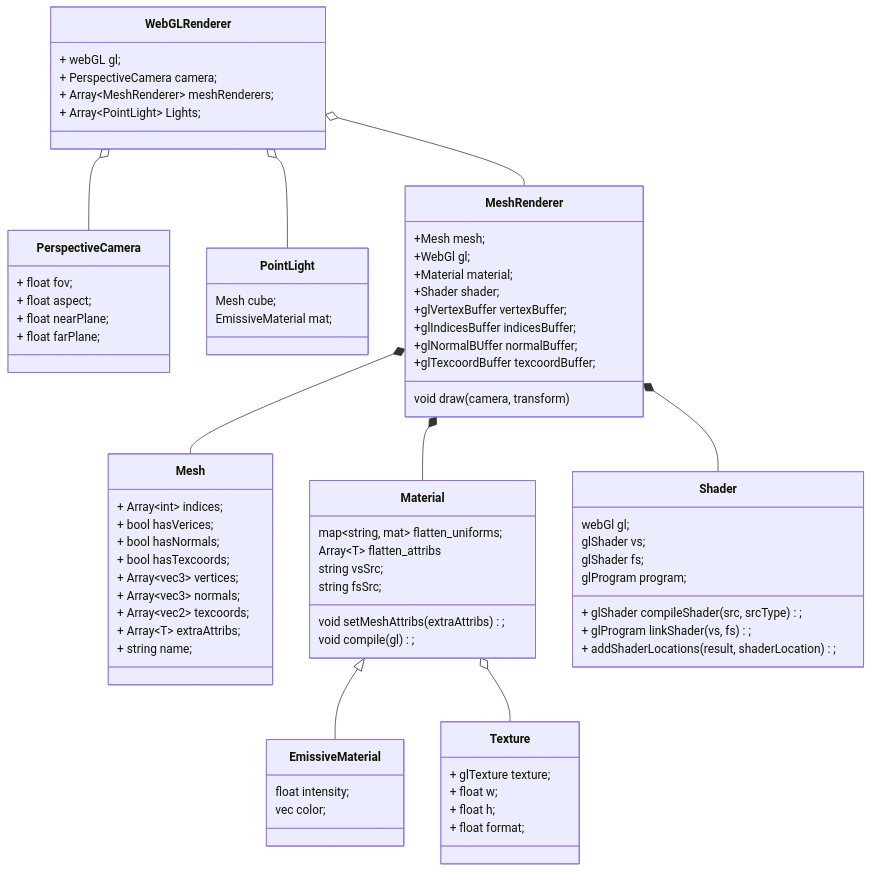
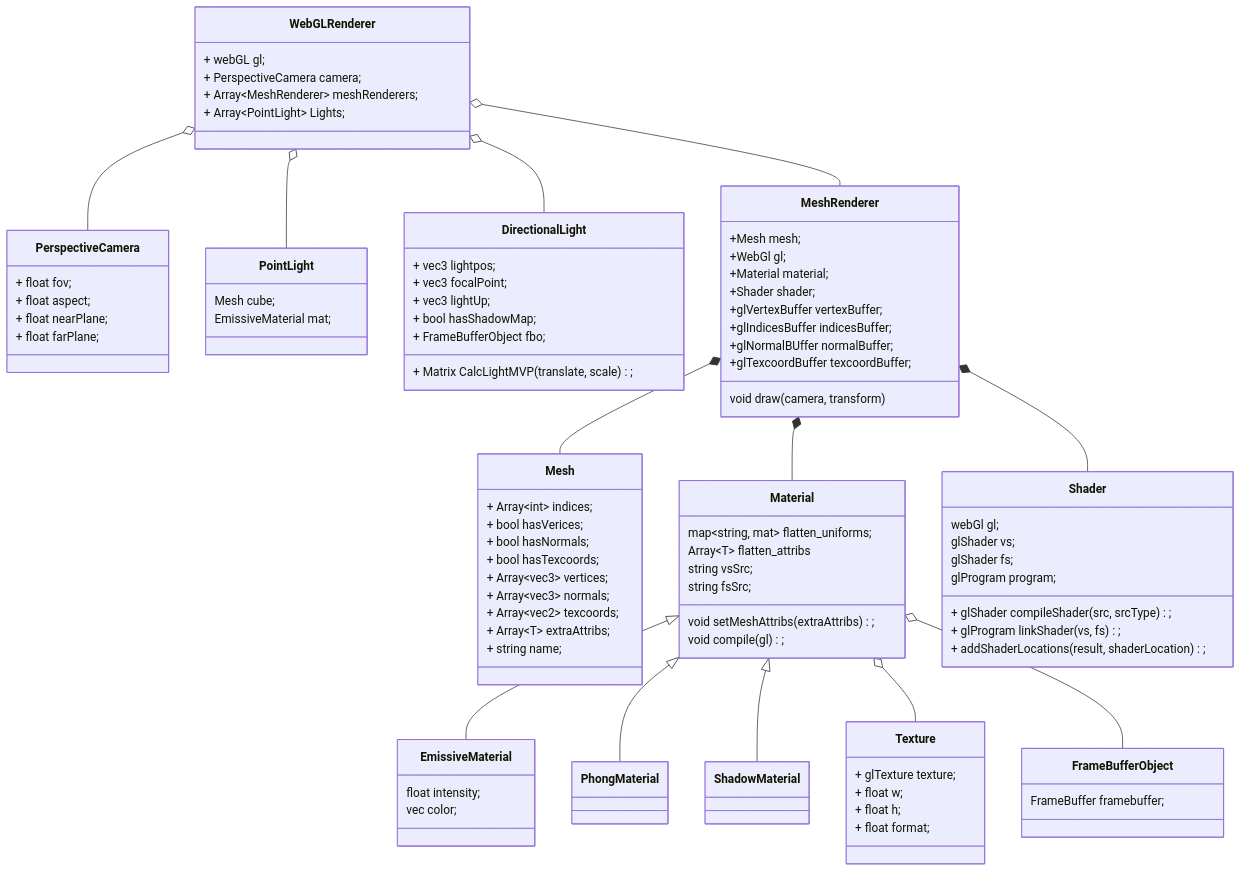
One commit to sherererlock/Games202 changed the diagram in README.md. Above: the diagram before and after it, drawn with Mermaid. The commit also changed other lines of this file and 3 other files, not shown here.

````diff
--- a/README.md
+++ b/README.md
@@ -39,7 +39,17 @@
 	vec color;
 }
 
+class PhongMaterial{
+	
+}
+
+class ShadowMaterial{
+	
+}
+
 Material<|--EmissiveMaterial
+Material<|--PhongMaterial
+Material<|--ShadowMaterial
 
 class Shader{
 	webGl gl;
@@ -51,6 +61,7 @@
 	+ glProgram linkShader(vs, fs);
 	+ addShaderLocations(result, shaderLocation);
 }
+
 class Texture{
 	+ glTexture texture;
 	+ float w;
@@ -58,9 +69,22 @@
 	+ float format;
 }
 
+class FrameBufferObject{
+	FrameBuffer framebuffer;
+}
+
 class PointLight{
 	Mesh cube;
 	EmissiveMaterial mat;
+}
+
+class DirectionalLight{
+	+ vec3 lightpos;
+	+ vec3 focalPoint;
+	+ vec3 lightUp;
+	+ bool hasShadowMap;
+	+ FrameBufferObject fbo;
+	+ Matrix CalcLightMVP(translate, scale);
 }
 
 class MeshRenderer{
@@ -85,10 +109,12 @@
 
 WebGLRenderer o-- MeshRenderer
 WebGLRenderer o-- PointLight
+WebGLRenderer o-- DirectionalLight
 WebGLRenderer o-- PerspectiveCamera
 
 MeshRenderer *-- Mesh 
 Material o-- Texture
+Material o-- FrameBufferObject
 MeshRenderer *-- Material
 MeshRenderer *-- Shader
 ```
````
